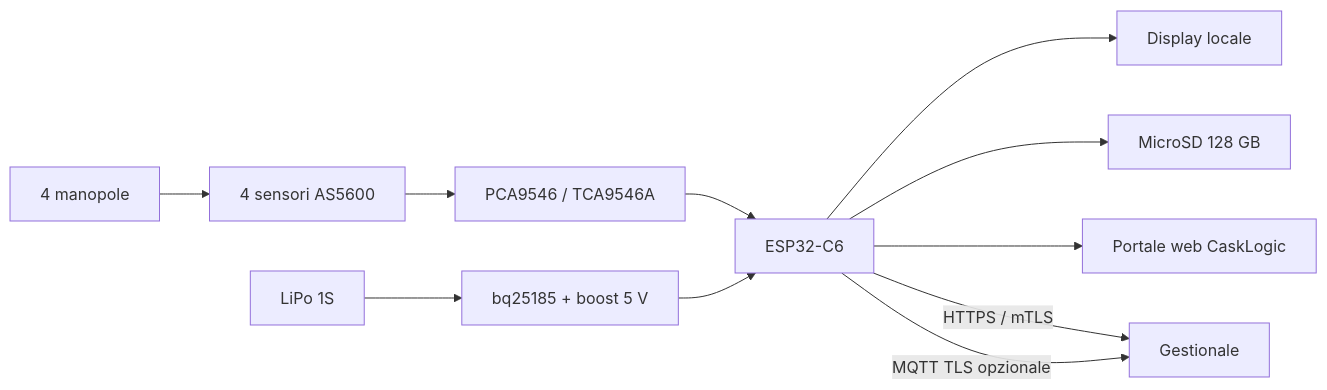
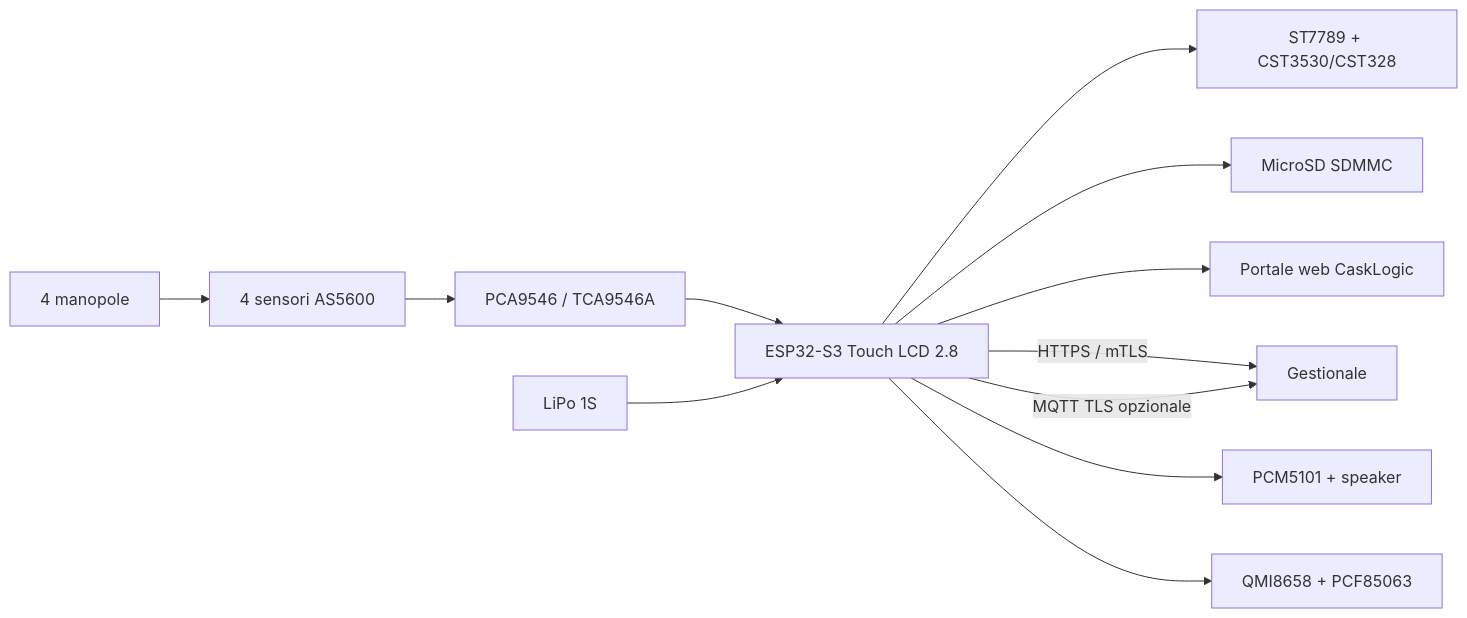
Before and after one commit to PieroBorgatta/Laveggio-Printomatic: the diagram in README.md, drawn with Mermaid. The commit also changed other lines of this file and 23 other files, not shown here.

Commit message:
Port gateway to Waveshare ESP32-S3 touch display

````diff
--- a/README.md
+++ b/README.md
@@ -140,13 +143,14 @@
 ```mermaid
 flowchart LR
     A[4 manopole] --> B[4 sensori AS5600]
     B --> C[PCA9546 / TCA9546A]
-    C --> D[ESP32-C6]
-    D --> E[Display locale]
-    D --> F[MicroSD 128 GB]
+    C --> D[ESP32-S3 Touch LCD 2.8]
+    D --> E[ST7789 + CST3530/CST328]
+    D --> F[MicroSD SDMMC]
     D --> G[Portale web CaskLogic]
     D -->|HTTPS / mTLS| H[Gestionale]
     D -->|MQTT TLS opzionale| H
-    I[LiPo 1S] --> J[bq25185 + boost 5 V]
-    J --> D
+    I[LiPo 1S] --> D
+    D --> K[PCM5101 + speaker]
+    D --> L[QMI8658 + PCF85063]
 ```
````
